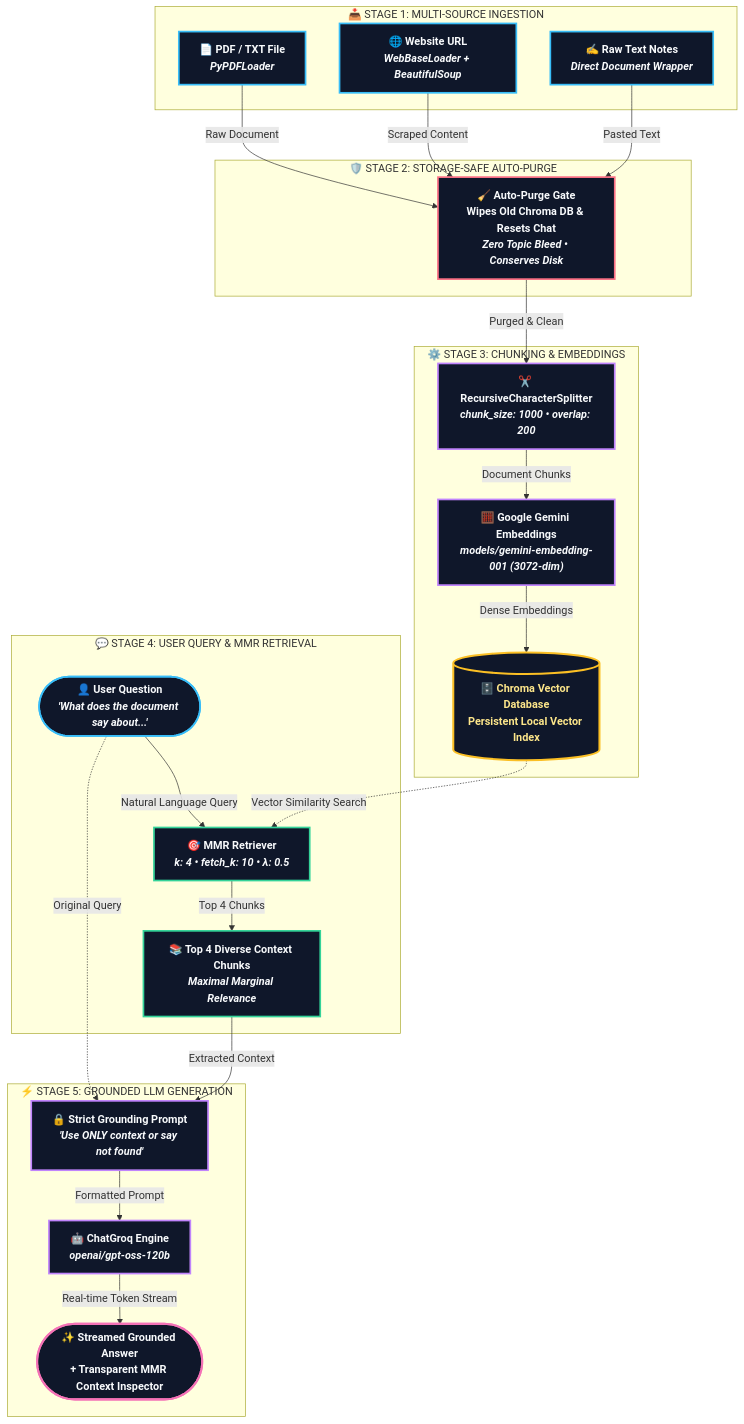
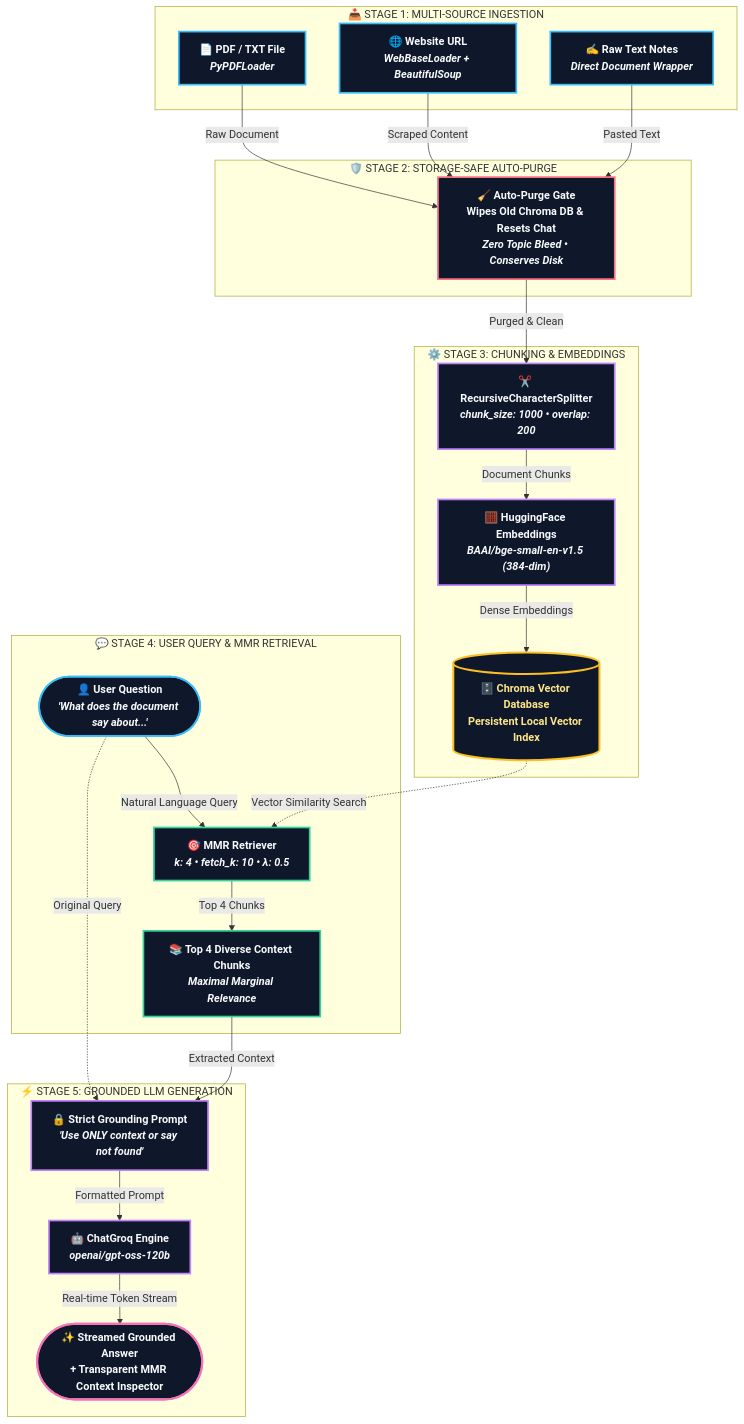
Before and after one commit to mohanrao06/SmartMate: the diagram in README.md, drawn with Mermaid. The commit also changed other lines of this file and 3 other files, not shown here.

Commit message:
revert: restore reliable local BAAI/bge-small-en-v1.5 embeddings for unlimited book/PDF processing

````diff
--- a/README.md
+++ b/README.md
@@ -73,57 +73,57 @@
 ```mermaid
 graph TD
     %% Custom Styling Definitions
     classDef source fill:#0F172A,stroke:#38BDF8,stroke-width:2.5px,color:#F8FAFC,font-weight:bold;
     classDef purge fill:#0F172A,stroke:#FB7185,stroke-width:2.5px,color:#F8FAFC,font-weight:bold;
     classDef process fill:#0F172A,stroke:#C084FC,stroke-width:2.5px,color:#F8FAFC,font-weight:bold;
     classDef db fill:#0F172A,stroke:#FBBF24,stroke-width:3px,color:#FDE68A,font-weight:bold;
     classDef query fill:#0F172A,stroke:#38BDF8,stroke-width:2.5px,color:#F8FAFC,font-weight:bold;
     classDef retriever fill:#0F172A,stroke:#34D399,stroke-width:2.5px,color:#F8FAFC,font-weight:bold;
     classDef llm fill:#0F172A,stroke:#C084FC,stroke-width:2.5px,color:#F8FAFC,font-weight:bold;
     classDef output fill:#0F172A,stroke:#F472B6,stroke-width:3px,color:#F8FAFC,font-weight:bold;
 
     subgraph STAGE1 ["📥 STAGE 1: MULTI-SOURCE INGESTION"]
         A1["📄 PDF / TXT File<br/><i>PyPDFLoader</i>"]:::source
         A2["🌐 Website URL<br/><i>WebBaseLoader + BeautifulSoup</i>"]:::source
         A3["✍️ Raw Text Notes<br/><i>Direct Document Wrapper</i>"]:::source
     end
 
     subgraph STAGE2 ["🛡️ STAGE 2: STORAGE-SAFE AUTO-PURGE"]
         B["🧹 Auto-Purge Gate<br/><b>Wipes Old Chroma DB &amp; Resets Chat</b><br/><i>Zero Topic Bleed • Conserves Disk</i>"]:::purge
     end
 
     subgraph STAGE3 ["⚙️ STAGE 3: CHUNKING &amp; EMBEDDINGS"]
         C["✂️ RecursiveCharacterSplitter<br/><i>chunk_size: 1000 • overlap: 200</i>"]:::process
-        D["🧮 Google Gemini Embeddings<br/><i>models/gemini-embedding-001 (3072-dim)</i>"]:::process
+        D["🧮 HuggingFace Embeddings<br/><i>BAAI/bge-small-en-v1.5 (384-dim)</i>"]:::process
         E[("🗄️ Chroma Vector Database<br/><b>Persistent Local Vector Index</b>")]:::db
     end
 
     subgraph STAGE4 ["💬 STAGE 4: USER QUERY &amp; MMR RETRIEVAL"]
         F(["👤 User Question<br/><i>'What does the document say about...'</i>"]):::query
         G["🎯 MMR Retriever<br/><i>k: 4 • fetch_k: 10 • λ: 0.5</i>"]:::retriever
         H["📚 Top 4 Diverse Context Chunks<br/><i>Maximal Marginal Relevance</i>"]:::retriever
     end
 
     subgraph STAGE5 ["⚡ STAGE 5: GROUNDED LLM GENERATION"]
         I["🔒 Strict Grounding Prompt<br/><i>'Use ONLY context or say not found'</i>"]:::llm
         J["🤖 ChatGroq Engine<br/><i>openai/gpt-oss-120b</i>"]:::llm
         K(["✨ Streamed Grounded Answer<br/><b>+ Transparent MMR Context Inspector</b>"]):::output
     end
 
     %% Pipeline Flow Connections
     A1 -->|Raw Document| B
     A2 -->|Scraped Content| B
     A3 -->|Pasted Text| B
     
     B -->|Purged & Clean| C
     C -->|Document Chunks| D
     D -->|Dense Embeddings| E
 
     F -->|Natural Language Query| G
     E -. "Vector Similarity Search" .-> G
     G -->|Top 4 Chunks| H
     H -->|Extracted Context| I
     F -. "Original Query" .-> I
     I -->|Formatted Prompt| J
     J -->|Real-time Token Stream| K
 ```
````
